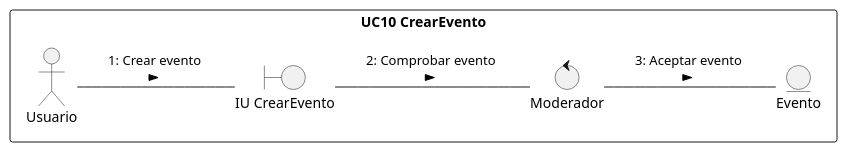
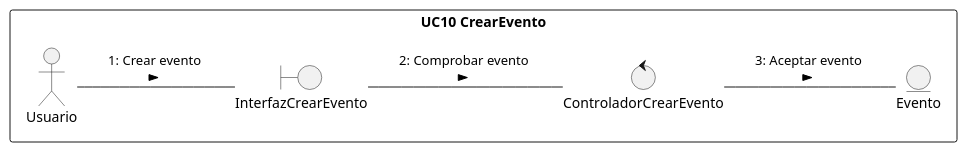
Before and after one commit to RolandoU548/Plataforma-Digital-IS: the diagram in docs/scenariosView/diagramas-de-colaboracion/DC10.plantuml, drawn with PlantUML. The commit also changed 15 other files, not shown here.

Commit message:
diagrama colaboracion

```diff
--- a/docs/scenariosView/diagramas-de-colaboracion/DC10.plantuml
+++ b/docs/scenariosView/diagramas-de-colaboracion/DC10.plantuml
@@ -1,30 +1,30 @@
-@startuml r11
+@startuml DC10
 /'
     Crear el diagrama de clases de análisis y de colaboración de los casos de uso prioritarios del proyecto.
 
     Para conseguir el diagrama de clases seguir los siguientes pasos:
 
     1. Identificar las clases Entidad (Modelo)
     2. Identificar las clases Interfaz (Vista)
     3. Identificar las clases Control (Controlador)
     4. Identificar las relaciones entre estas clases
     
     Este diagrama debe ser específico de un caso de uso y las clases deben ser representadas con sus estereotipos.
     
     Para conseguir el diagrama de colaboración, identifique las relaciones (enlaces) entre los objetos y los requerimientos (mensajes) sobre cada objeto involucrado en la descripción del caso de uso.
 '/
 left to right direction
 
 rectangle "UC10 CrearEvento"{
     actor Usuario 
     entity Evento as e1
-    boundary "IU CrearEvento" as i1
-    control "Moderador" as c1
+    boundary "InterfazCrearEvento" as i1
+    control "ControladorCrearEvento" as c1
 }
 Usuario -- i1 : "1: Crear evento \n >"
 i1 -- c1 : "2: Comprobar evento \n >"
 c1 -- e1 : "3: Aceptar evento \n >" 
  
 
 
 @enduml
```
